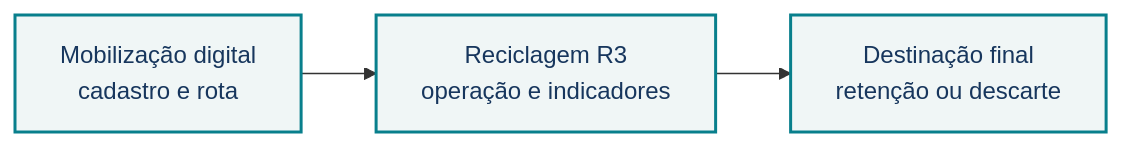
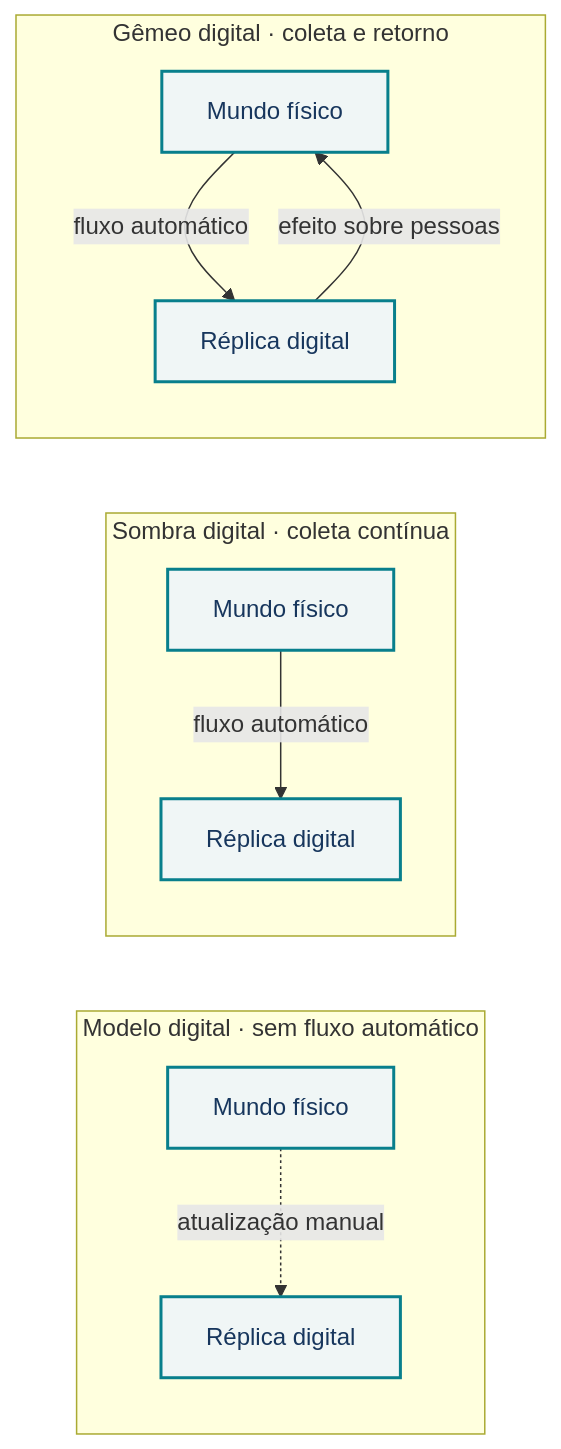
One commit to cadu-unb/_POS-PPCA-GPTI_2026-2 changed the third of 3 diagrams in _grupo/P3A/entregas/P3A_Privacidade2_Poster_PT.md. Above: the diagram before and after it, drawn with Mermaid. The commit also changed other lines of this file and 5 other files, not shown here.

````diff
--- a/_grupo/P3A/entregas/P3A_Privacidade2_Poster_PT.md
+++ b/_grupo/P3A/entregas/P3A_Privacidade2_Poster_PT.md
@@ -87,6 +87,15 @@
 ```mermaid
 flowchart LR
-    DM["Mobilização digital<br/>cadastro e rota"] --> R3["Reciclagem R3<br/>operação e indicadores"] --> DF["Destinação final<br/>retenção ou descarte"]
-    classDef case fill:#f0f6f6,stroke:#087f8c,stroke-width:2px,color:#17365d
-    class DM,R3,DF case
+    subgraph A["Modelo digital · sem fluxo automático"]
+        A1["Mundo físico"] -. "atualização manual" .-> A2["Réplica digital"]
+    end
+    subgraph B["Sombra digital · coleta contínua"]
+        B1["Mundo físico"] -- "fluxo automático" --> B2["Réplica digital"]
+    end
+    subgraph C["Gêmeo digital · coleta e retorno"]
+        C1["Mundo físico"] -- "fluxo automático" --> C2["Réplica digital"]
+        C2 -- "efeito sobre pessoas" --> C1
+    end
+    classDef replica fill:#f0f6f6,stroke:#087f8c,stroke-width:2px,color:#17365d
+    class A1,A2,B1,B2,C1,C2 replica
 ```
````
